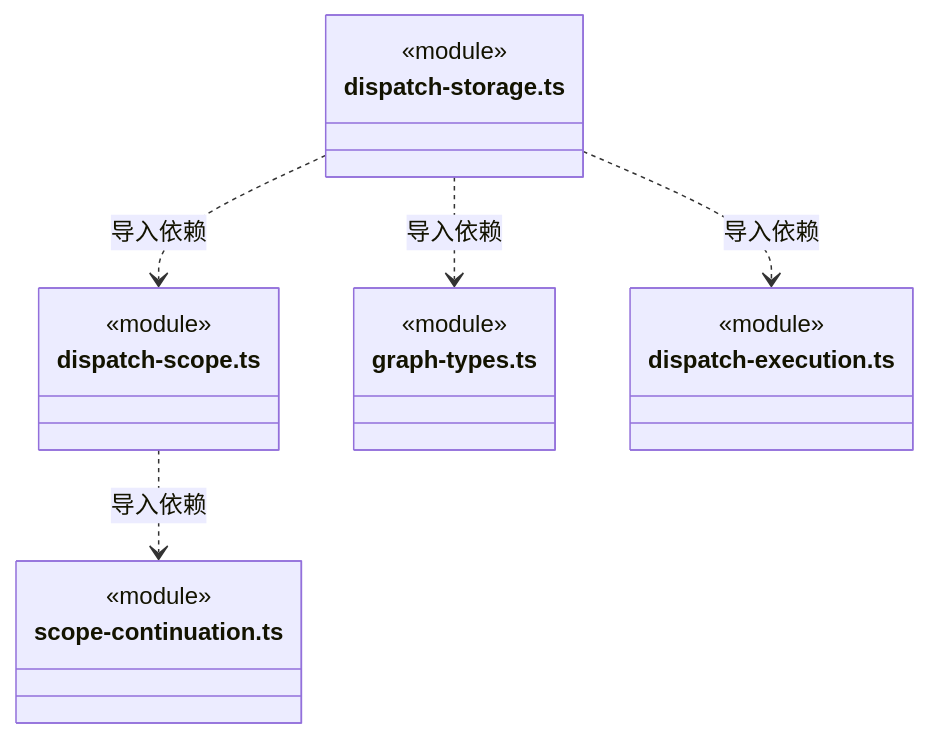
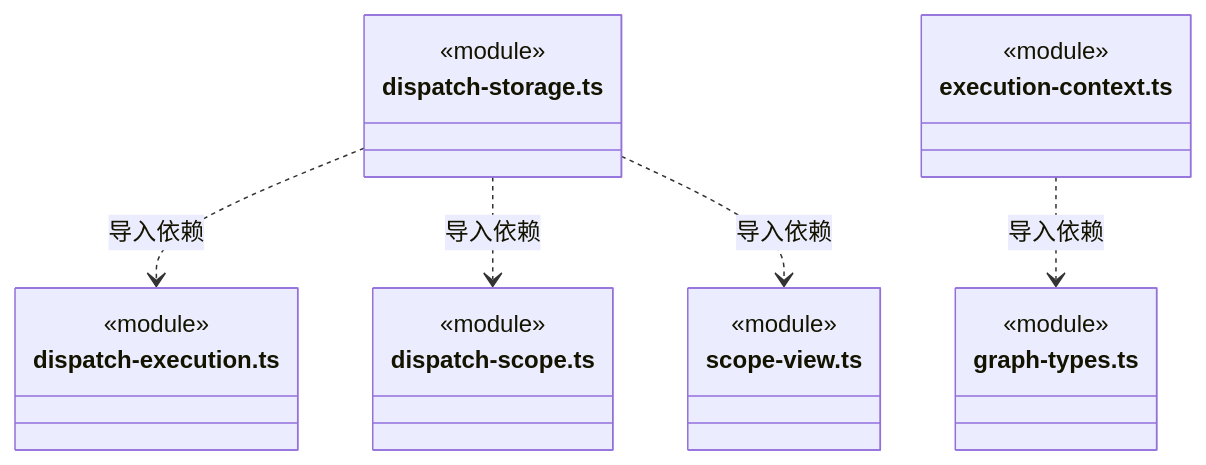
One commit to nan023062/cbim changed diagram 43 of 50 in src/backend/core/tasks/ARCHITECTURE.md. Above: the diagram before and after it, drawn with Mermaid. The commit also changed other lines of this file and 65 other files, not shown here.

````diff
--- a/src/backend/core/tasks/ARCHITECTURE.md
+++ b/src/backend/core/tasks/ARCHITECTURE.md
@@ -1024,22 +1098,25 @@
 ```mermaid
 classDiagram
+class N_src_backend_core_tasks_dispatch_storage_ts["dispatch-storage.ts"] {
+  <<module>>
+}
+class N_src_backend_core_tasks_dispatch_execution_ts["dispatch-execution.ts"] {
+  <<module>>
+}
 class N_src_backend_core_tasks_dispatch_scope_ts["dispatch-scope.ts"] {
   <<module>>
 }
-class N_src_backend_core_tasks_scope_continuation_ts["scope-continuation.ts"] {
+class N_src_backend_core_tasks_scope_view_ts["scope-view.ts"] {
   <<module>>
 }
-class N_src_backend_core_tasks_dispatch_storage_ts["dispatch-storage.ts"] {
+class N_src_backend_core_tasks_execution_context_ts["execution-context.ts"] {
   <<module>>
 }
 class N_src_backend_core_tasks_graph_types_ts["graph-types.ts"] {
   <<module>>
 }
-class N_src_backend_core_tasks_dispatch_execution_ts["dispatch-execution.ts"] {
-  <<module>>
-}
-N_src_backend_core_tasks_dispatch_scope_ts ..> N_src_backend_core_tasks_scope_continuation_ts : 导入依赖
-N_src_backend_core_tasks_dispatch_storage_ts ..> N_src_backend_core_tasks_graph_types_ts : 导入依赖
 N_src_backend_core_tasks_dispatch_storage_ts ..> N_src_backend_core_tasks_dispatch_execution_ts : 导入依赖
 N_src_backend_core_tasks_dispatch_storage_ts ..> N_src_backend_core_tasks_dispatch_scope_ts : 导入依赖
+N_src_backend_core_tasks_dispatch_storage_ts ..> N_src_backend_core_tasks_scope_view_ts : 导入依赖
+N_src_backend_core_tasks_execution_context_ts ..> N_src_backend_core_tasks_graph_types_ts : 导入依赖
 ```
````
